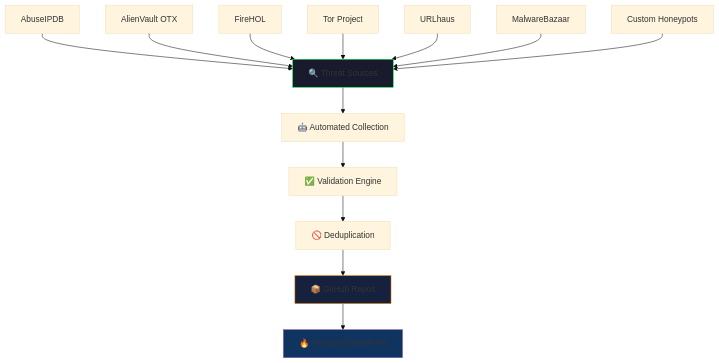
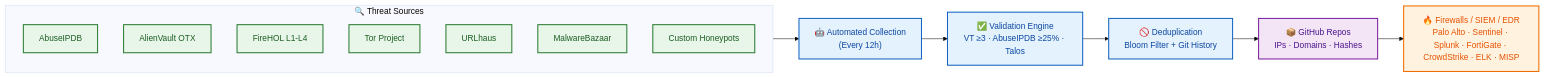
Before and after one commit to amitambekar510/amitambekar510: the diagram in README.md, drawn with Mermaid (base theme).

Commit message:
fix: Mermaid diagram with theme-compatible colors using classDef

````diff
--- a/README.md
+++ b/README.md
@@ -41,20 +41,30 @@
 ```mermaid
-graph TB
-    A[🔍 Threat Sources] --> B[🤖 Automated Collection]
-    B --> C[✅ Validation Engine]
-    C --> D[🚫 Deduplication]
-    D --> E[📦 GitHub Repos]
-    E --> F[🔥 Firewalls/SIEM/EDR]
-    
-    A1[AbuseIPDB] --> A
-    A2[AlienVault OTX] --> A
-    A3[FireHOL] --> A
-    A4[Tor Project] --> A
-    A5[URLhaus] --> A
-    A6[MalwareBazaar] --> A
-    A7[Custom Honeypots] --> A
-    
-    style A fill:#1a1a2e,stroke:#00ff41
-    style E fill:#16213e,stroke:#ff8c00
-    style F fill:#0f3460,stroke:#9b59b6
+flowchart LR
+    subgraph Sources["🔍 Threat Sources"]
+        S1[AbuseIPDB]
+        S2[AlienVault OTX]
+        S3[FireHOL L1-L4]
+        S4[Tor Project]
+        S5[URLhaus]
+        S6[MalwareBazaar]
+        S7[Custom Honeypots]
+    end
+
+    Pipeline["🤖 Automated Collection<br/>(Every 12h)"]
+    Validate["✅ Validation Engine<br/>VT ≥3 · AbuseIPDB ≥25% · Talos"]
+    Dedup["🚫 Deduplication<br/>Bloom Filter + Git History"]
+    Repos["📦 GitHub Repos<br/>IPs · Domains · Hashes"]
+    Tools["🔥 Firewalls / SIEM / EDR<br/>Palo Alto · Sentinel · Splunk · FortiGate · CrowdStrike · ELK · MISP"]
+
+    Sources --> Pipeline --> Validate --> Dedup --> Repos --> Tools
+
+    classDef source fill:#e8f5e9,stroke:#2e7d32,stroke-width:2px,color:#1b5e20;
+    classDef process fill:#e3f2fd,stroke:#1565c0,stroke-width:2px,color:#0d47a1;
+    classDef output fill:#f3e5f5,stroke:#7b1fa2,stroke-width:2px,color:#4a148c;
+    classDef final fill:#fff3e0,stroke:#ef6c00,stroke-width:2px,color:#e65100;
+
+    class S1,S2,S3,S4,S5,S6,S7 source;
+    class Pipeline,Validate,Dedup process;
+    class Repos output;
+    class Tools final;
 ```
````
